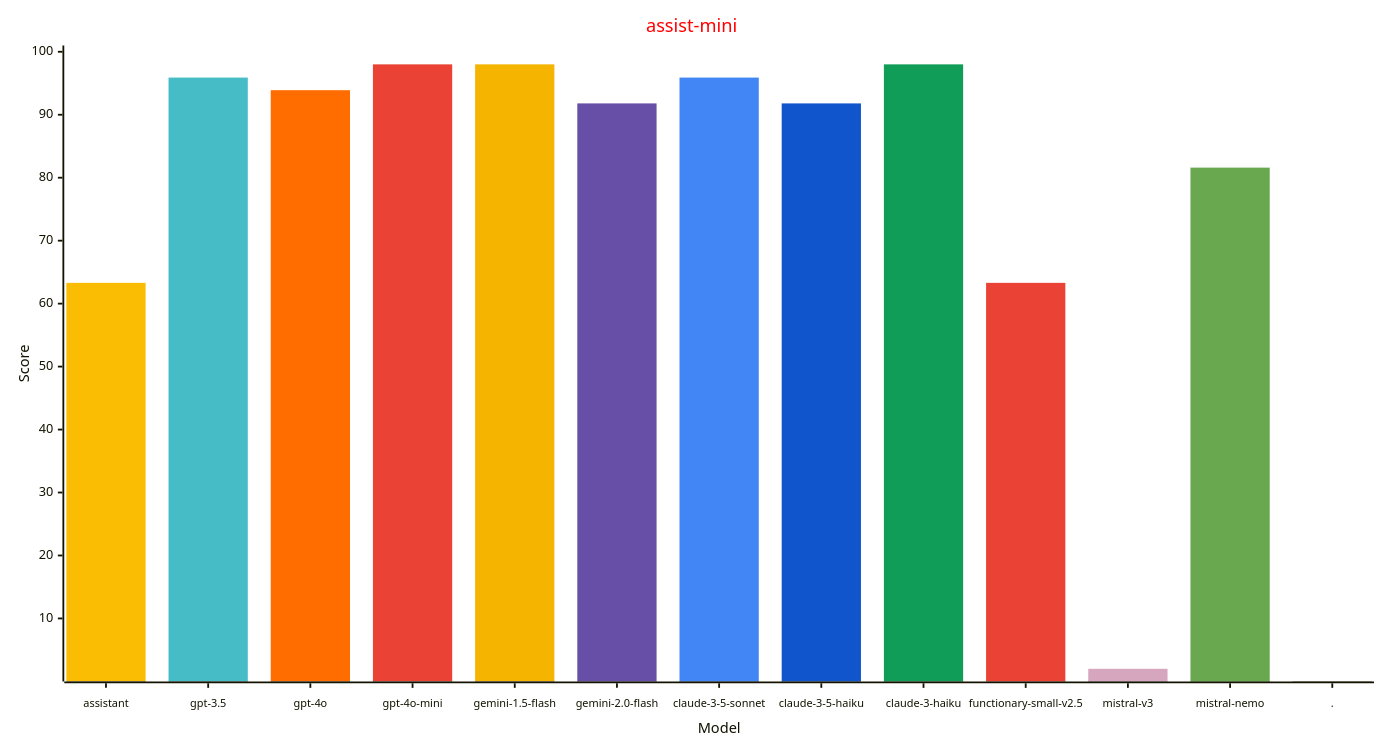
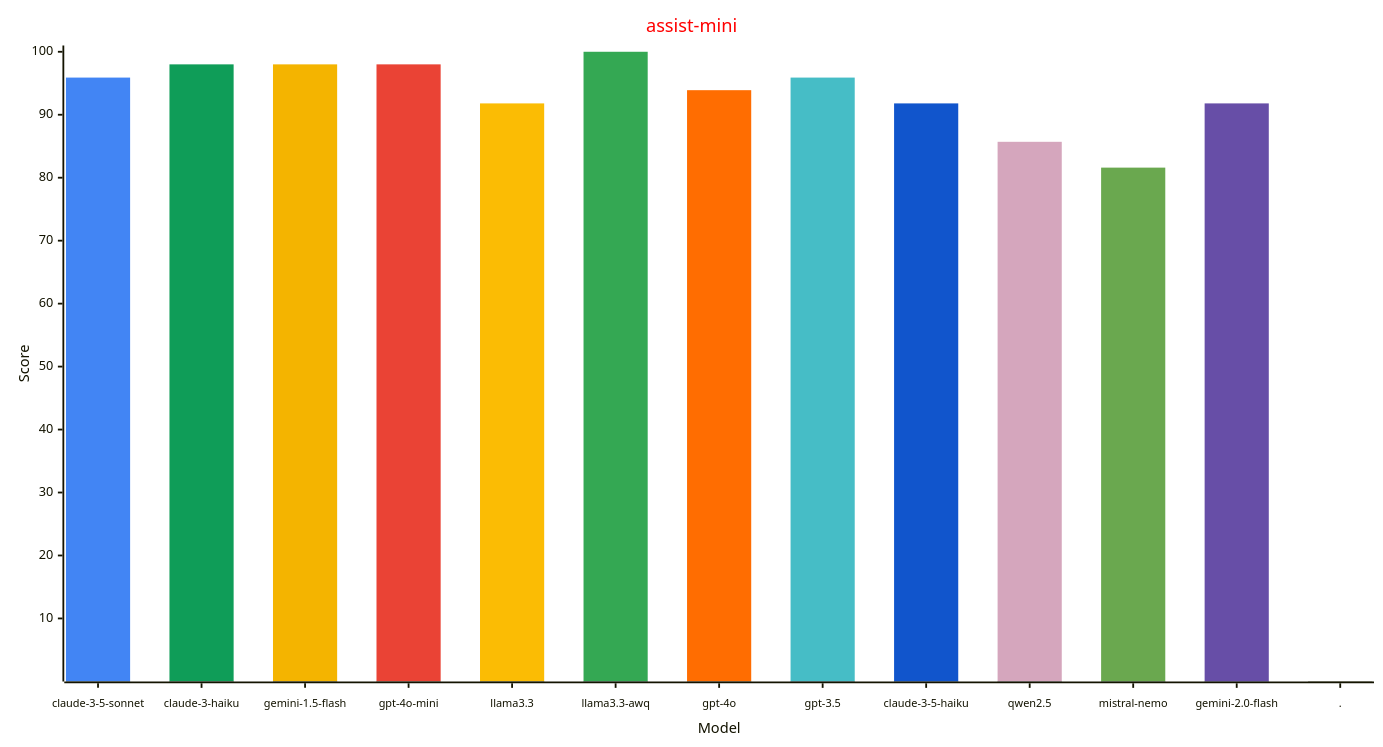
One commit to allenporter/home-assistant-datasets changed the first of 3 diagrams in reports/README.md. Above: the diagram before and after it, drawn with Mermaid. The commit also changed other lines of this file and 1 other file, not shown here.

````diff
--- a/reports/README.md
+++ b/reports/README.md
@@ -50,33 +50,33 @@
 ```mermaid
 ---
 config:
     xyChart:
         width: 1500
         height: 800
         xAxis:
           labelFontSize: 12
           labelPadding: 8
     themeVariables:
         xyChart:
             titleColor: "#ff0000"
-            plotColorPalette: "#fbbc04, #46bdc6, #ff6d01, #ea4335, #f4b400, #674ea7, #4285f4, #1155cc, #0f9d58, #ea4335, #d5a6bd, #6aa84f, #4285f4"
+            plotColorPalette: "#4285f4, #0f9d58, #f4b400, #ea4335, #fbbc04, #34a853, #ff6d01, #46bdc6, #1155cc, #d5a6bd, #6aa84f, #674ea7, #4285f4"
 
 ---
 xychart-beta
   title "assist-mini"
-  x-axis "Model" [assistant, gpt-3.5, gpt-4o, gpt-4o-mini, gemini-1.5-flash, gemini-2.0-flash, claude-3-5-sonnet, claude-3-5-haiku, claude-3-haiku, functionary-small-v2.5, mistral-v3, mistral-nemo, .]
+  x-axis "Model" [claude-3-5-sonnet, claude-3-haiku, gemini-1.5-flash, gpt-4o-mini, llama3.3, llama3.3-awq, gpt-4o, gpt-3.5, claude-3-5-haiku, qwen2.5, mistral-nemo, gemini-2.0-flash, .]
   y-axis "Score" 1 --> 100
-  bar [63.3, 0.0, 0.0, 0.0, 0.0, 0.0, 0.0, 0.0, 0.0, 0.0, 0.0, 0.0, 0.0]
-  bar [0.0, 95.9, 0.0, 0.0, 0.0, 0.0, 0.0, 0.0, 0.0, 0.0, 0.0, 0.0, 0.0]
-  bar [0.0, 0.0, 93.9, 0.0, 0.0, 0.0, 0.0, 0.0, 0.0, 0.0, 0.0, 0.0, 0.0]
+  bar [95.9, 0.0, 0.0, 0.0, 0.0, 0.0, 0.0, 0.0, 0.0, 0.0, 0.0, 0.0, 0.0]
+  bar [0.0, 98.0, 0.0, 0.0, 0.0, 0.0, 0.0, 0.0, 0.0, 0.0, 0.0, 0.0, 0.0]
+  bar [0.0, 0.0, 98.0, 0.0, 0.0, 0.0, 0.0, 0.0, 0.0, 0.0, 0.0, 0.0, 0.0]
   bar [0.0, 0.0, 0.0, 98.0, 0.0, 0.0, 0.0, 0.0, 0.0, 0.0, 0.0, 0.0, 0.0]
-  bar [0.0, 0.0, 0.0, 0.0, 98.0, 0.0, 0.0, 0.0, 0.0, 0.0, 0.0, 0.0, 0.0]
-  bar [0.0, 0.0, 0.0, 0.0, 0.0, 91.8, 0.0, 0.0, 0.0, 0.0, 0.0, 0.0, 0.0]
-  bar [0.0, 0.0, 0.0, 0.0, 0.0, 0.0, 95.9, 0.0, 0.0, 0.0, 0.0, 0.0, 0.0]
-  bar [0.0, 0.0, 0.0, 0.0, 0.0, 0.0, 0.0, 91.8, 0.0, 0.0, 0.0, 0.0, 0.0]
-  bar [0.0, 0.0, 0.0, 0.0, 0.0, 0.0, 0.0, 0.0, 98.0, 0.0, 0.0, 0.0, 0.0]
-  bar [0.0, 0.0, 0.0, 0.0, 0.0, 0.0, 0.0, 0.0, 0.0, 63.3, 0.0, 0.0, 0.0]
-  bar [0.0, 0.0, 0.0, 0.0, 0.0, 0.0, 0.0, 0.0, 0.0, 0.0, 2.0, 0.0, 0.0]
-  bar [0.0, 0.0, 0.0, 0.0, 0.0, 0.0, 0.0, 0.0, 0.0, 0.0, 0.0, 81.6, 0.0]
+  bar [0.0, 0.0, 0.0, 0.0, 91.8, 0.0, 0.0, 0.0, 0.0, 0.0, 0.0, 0.0, 0.0]
+  bar [0.0, 0.0, 0.0, 0.0, 0.0, 100.0, 0.0, 0.0, 0.0, 0.0, 0.0, 0.0, 0.0]
+  bar [0.0, 0.0, 0.0, 0.0, 0.0, 0.0, 93.9, 0.0, 0.0, 0.0, 0.0, 0.0, 0.0]
+  bar [0.0, 0.0, 0.0, 0.0, 0.0, 0.0, 0.0, 95.9, 0.0, 0.0, 0.0, 0.0, 0.0]
+  bar [0.0, 0.0, 0.0, 0.0, 0.0, 0.0, 0.0, 0.0, 91.8, 0.0, 0.0, 0.0, 0.0]
+  bar [0.0, 0.0, 0.0, 0.0, 0.0, 0.0, 0.0, 0.0, 0.0, 85.7, 0.0, 0.0, 0.0]
+  bar [0.0, 0.0, 0.0, 0.0, 0.0, 0.0, 0.0, 0.0, 0.0, 0.0, 81.6, 0.0, 0.0]
+  bar [0.0, 0.0, 0.0, 0.0, 0.0, 0.0, 0.0, 0.0, 0.0, 0.0, 0.0, 91.8, 0.0]
   bar [0.0, 0.0, 0.0, 0.0, 0.0, 0.0, 0.0, 0.0, 0.0, 0.0, 0.0, 0.0, -1.0]
 ```
````
